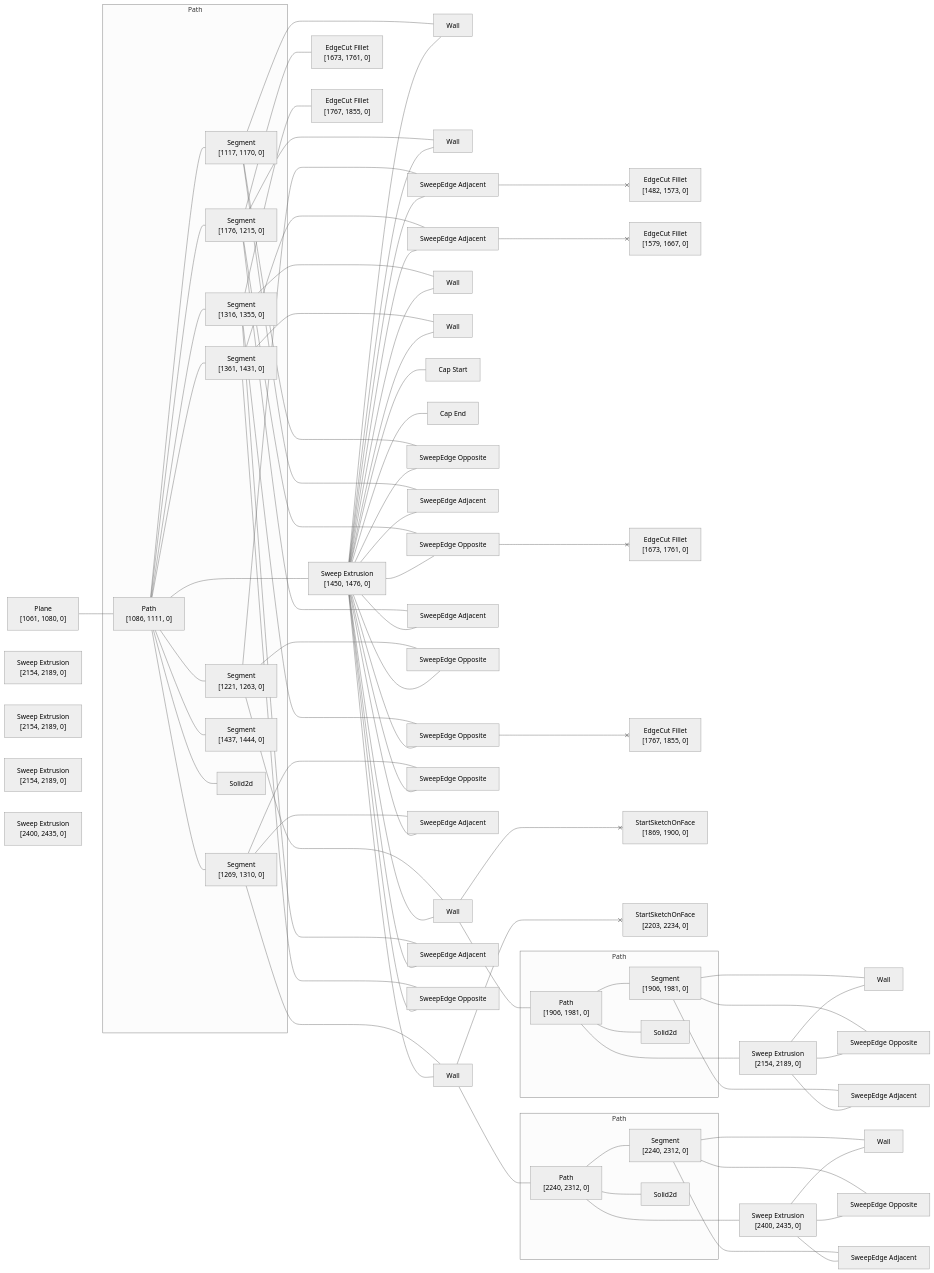
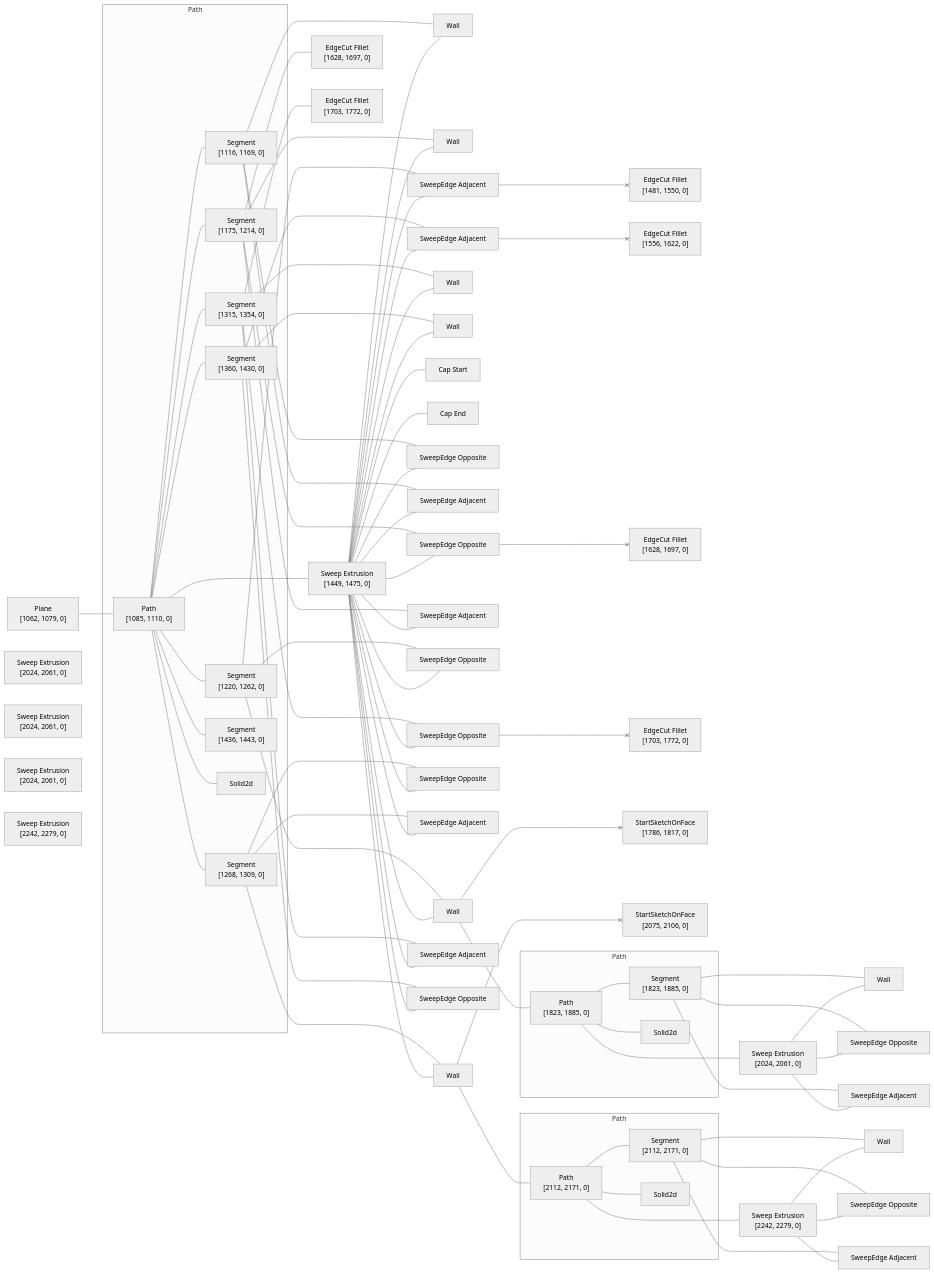
The diagram in rust/kcl-lib/tests/kcl_samples/bracket/artifact_graph_flowchart.snap.md (KittyCAD/modeling-app), drawn with Mermaid (neutral theme) before and after one commit. The commit also changed 134 other files, not shown here.

````diff
--- a/rust/kcl-lib/tests/kcl_samples/bracket/artifact_graph_flowchart.snap.md
+++ b/rust/kcl-lib/tests/kcl_samples/bracket/artifact_graph_flowchart.snap.md
@@ -1,28 +1,28 @@
 ```mermaid
 flowchart LR
   subgraph path2 [Path]
-    2["Path<br>[1086, 1111, 0]"]
-    3["Segment<br>[1117, 1170, 0]"]
-    4["Segment<br>[1176, 1215, 0]"]
-    5["Segment<br>[1221, 1263, 0]"]
-    6["Segment<br>[1269, 1310, 0]"]
-    7["Segment<br>[1316, 1355, 0]"]
-    8["Segment<br>[1361, 1431, 0]"]
-    9["Segment<br>[1437, 1444, 0]"]
+    2["Path<br>[1085, 1110, 0]"]
+    3["Segment<br>[1116, 1169, 0]"]
+    4["Segment<br>[1175, 1214, 0]"]
+    5["Segment<br>[1220, 1262, 0]"]
+    6["Segment<br>[1268, 1309, 0]"]
+    7["Segment<br>[1315, 1354, 0]"]
+    8["Segment<br>[1360, 1430, 0]"]
+    9["Segment<br>[1436, 1443, 0]"]
     10[Solid2d]
   end
   subgraph path38 [Path]
-    38["Path<br>[1906, 1981, 0]"]
-    39["Segment<br>[1906, 1981, 0]"]
+    38["Path<br>[1823, 1885, 0]"]
+    39["Segment<br>[1823, 1885, 0]"]
     40[Solid2d]
   end
   subgraph path48 [Path]
-    48["Path<br>[2240, 2312, 0]"]
-    49["Segment<br>[2240, 2312, 0]"]
+    48["Path<br>[2112, 2171, 0]"]
+    49["Segment<br>[2112, 2171, 0]"]
     50[Solid2d]
   end
-  1["Plane<br>[1061, 1080, 0]"]
-  11["Sweep Extrusion<br>[1450, 1476, 0]"]
+  1["Plane<br>[1062, 1079, 0]"]
+  11["Sweep Extrusion<br>[1449, 1475, 0]"]
   12[Wall]
   13[Wall]
   14[Wall]
@@ -43,26 +43,26 @@
   29["SweepEdge Adjacent"]
   30["SweepEdge Opposite"]
   31["SweepEdge Adjacent"]
-  32["EdgeCut Fillet<br>[1482, 1573, 0]"]
-  33["EdgeCut Fillet<br>[1579, 1667, 0]"]
-  34["EdgeCut Fillet<br>[1673, 1761, 0]"]
-  35["EdgeCut Fillet<br>[1673, 1761, 0]"]
-  36["EdgeCut Fillet<br>[1767, 1855, 0]"]
-  37["EdgeCut Fillet<br>[1767, 1855, 0]"]
-  41["Sweep Extrusion<br>[2154, 2189, 0]"]
+  32["EdgeCut Fillet<br>[1481, 1550, 0]"]
+  33["EdgeCut Fillet<br>[1556, 1622, 0]"]
+  34["EdgeCut Fillet<br>[1628, 1697, 0]"]
+  35["EdgeCut Fillet<br>[1628, 1697, 0]"]
+  36["EdgeCut Fillet<br>[1703, 1772, 0]"]
+  37["EdgeCut Fillet<br>[1703, 1772, 0]"]
+  41["Sweep Extrusion<br>[2024, 2061, 0]"]
   42[Wall]
   43["SweepEdge Opposite"]
   44["SweepEdge Adjacent"]
-  45["Sweep Extrusion<br>[2154, 2189, 0]"]
-  46["Sweep Extrusion<br>[2154, 2189, 0]"]
-  47["Sweep Extrusion<br>[2154, 2189, 0]"]
-  51["Sweep Extrusion<br>[2400, 2435, 0]"]
+  45["Sweep Extrusion<br>[2024, 2061, 0]"]
+  46["Sweep Extrusion<br>[2024, 2061, 0]"]
+  47["Sweep Extrusion<br>[2024, 2061, 0]"]
+  51["Sweep Extrusion<br>[2242, 2279, 0]"]
   52[Wall]
   53["SweepEdge Opposite"]
   54["SweepEdge Adjacent"]
-  55["Sweep Extrusion<br>[2400, 2435, 0]"]
-  56["StartSketchOnFace<br>[1869, 1900, 0]"]
-  57["StartSketchOnFace<br>[2203, 2234, 0]"]
+  55["Sweep Extrusion<br>[2242, 2279, 0]"]
+  56["StartSketchOnFace<br>[1786, 1817, 0]"]
+  57["StartSketchOnFace<br>[2075, 2106, 0]"]
   1 --- 2
   2 --- 3
   2 --- 4
````
